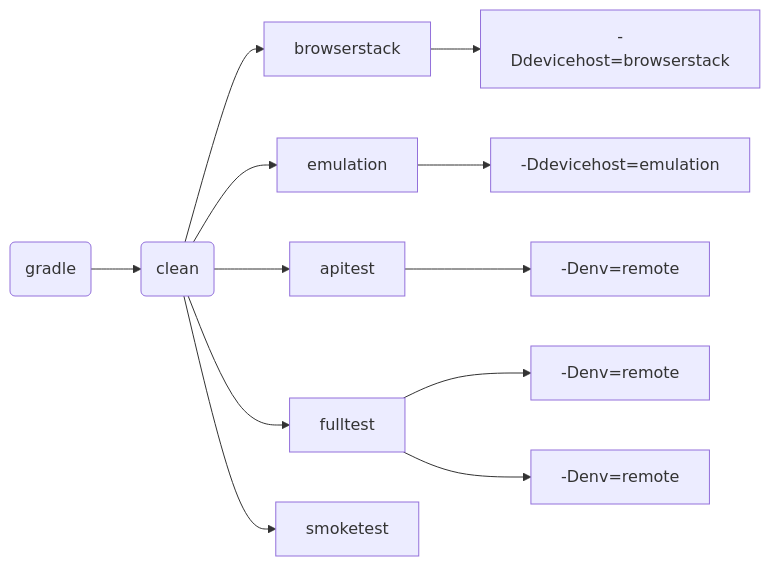
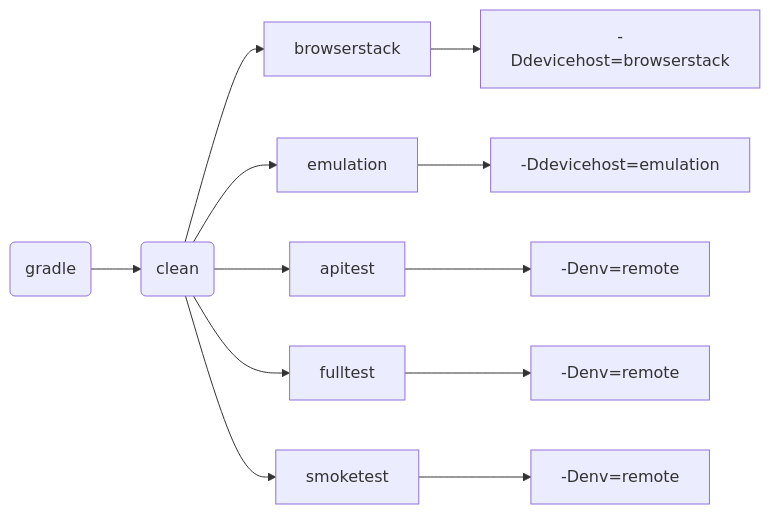
Before and after one commit to Marina24112021/asialuxe.uz: the diagram in README.md, drawn with Mermaid.

````diff
--- a/README.md
+++ b/README.md
@@ -86,14 +86,14 @@
 ```mermaid 
 flowchart LR
     A(gradle) --> B(clean)
     B --> C[browserstack]
     B --> D[emulation]
     B --> E[apitest]
     B --> F[fulltest]
     B --> G[smoketest]
     C --> H[-Ddevicehost=browserstack]
     D --> I[-Ddevicehost=emulation]
     E --> J[-Denv=remote]
     F --> K[-Denv=remote]
-    F --> L[-Denv=remote]
+    G --> L[-Denv=remote]
 ```
````
